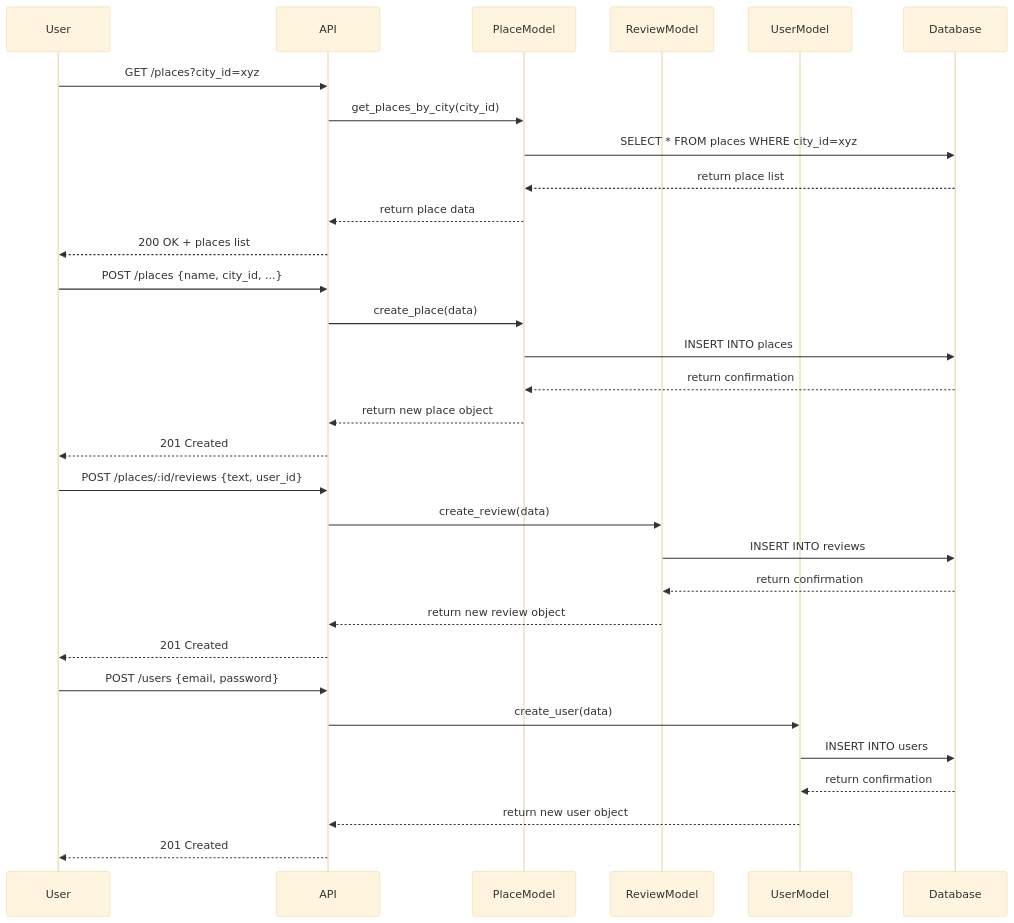
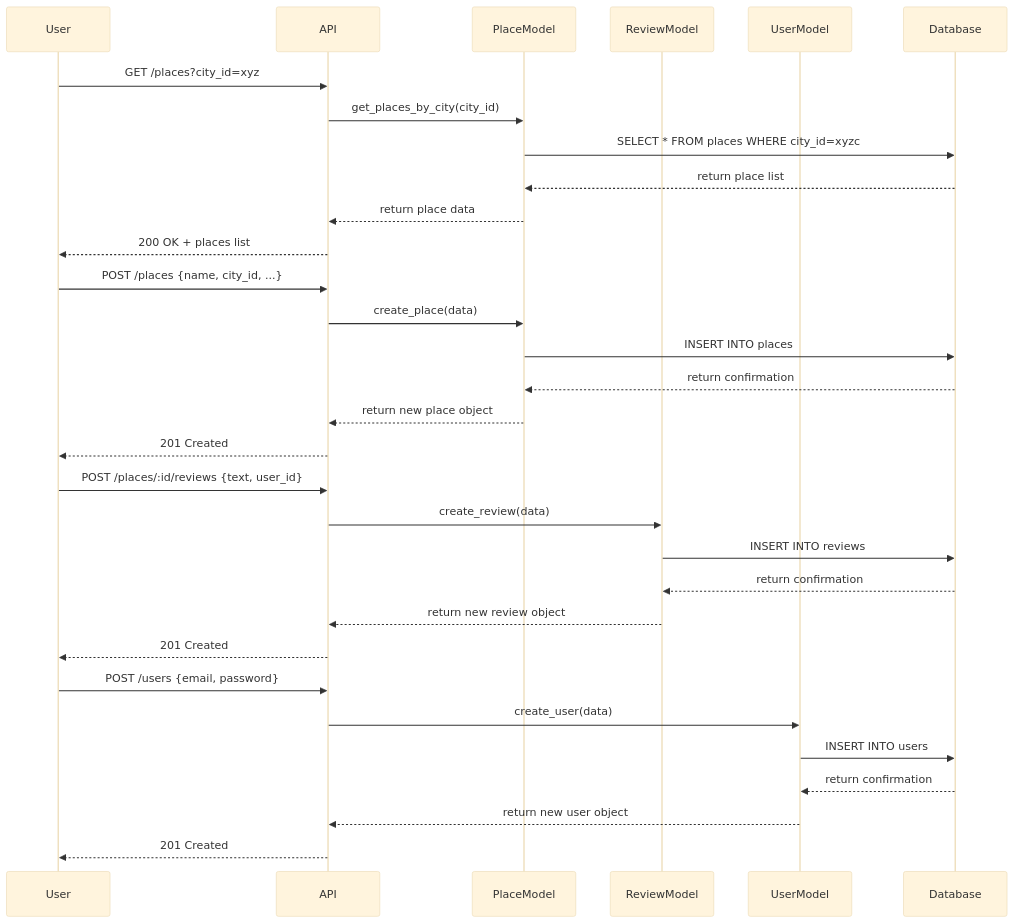
Before and after one commit to Sheynon/holbertonschool-hbnb: the diagram in part1/2. Sequence Diagrams for API Calls .mmd, drawn with Mermaid (base theme). The commit also changed 1 other file, not shown here.

```diff
--- a/part1/2. Sequence Diagrams for API Calls .mmd
+++ b/part1/2. Sequence Diagrams for API Calls .mmd
@@ -1,39 +1,39 @@
 sequenceDiagram
     participant User
     participant API
     participant PlaceModel
     participant ReviewModel
     participant UserModel
     participant Database
 
     %% GET /places?city_id=xyz
     User->>API: GET /places?city_id=xyz
     API->>PlaceModel: get_places_by_city(city_id)
-    PlaceModel->>Database: SELECT * FROM places WHERE city_id=xyz
+    PlaceModel->>Database: SELECT * FROM places WHERE city_id=xyzc
     Database-->>PlaceModel: return place list
     PlaceModel-->>API: return place data
     API-->>User: 200 OK + places list
 
     %% POST /places {name, city_id, ...}
     User->>API: POST /places {name, city_id, ...}
     API->>PlaceModel: create_place(data)
     PlaceModel->>Database: INSERT INTO places
     Database-->>PlaceModel: return confirmation
     PlaceModel-->>API: return new place object
     API-->>User: 201 Created
 
     %% POST /places/:id/reviews {text, user_id}
     User->>API: POST /places/:id/reviews {text, user_id}
     API->>ReviewModel: create_review(data)
     ReviewModel->>Database: INSERT INTO reviews
     Database-->>ReviewModel: return confirmation
     ReviewModel-->>API: return new review object
     API-->>User: 201 Created
 
     %% POST /users {email, password}
     User->>API: POST /users {email, password}
     API->>UserModel: create_user(data)
     UserModel->>Database: INSERT INTO users
     Database-->>UserModel: return confirmation
     UserModel-->>API: return new user object
     API-->>User: 201 Created
```
